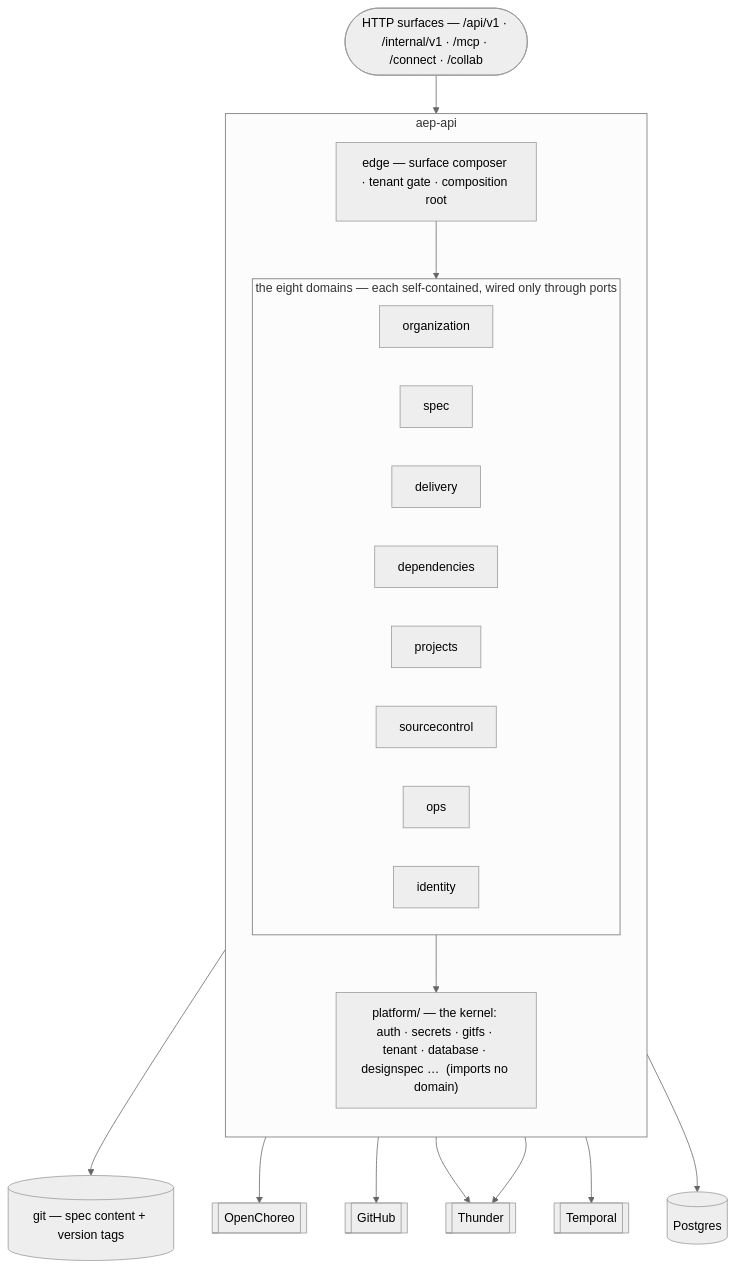
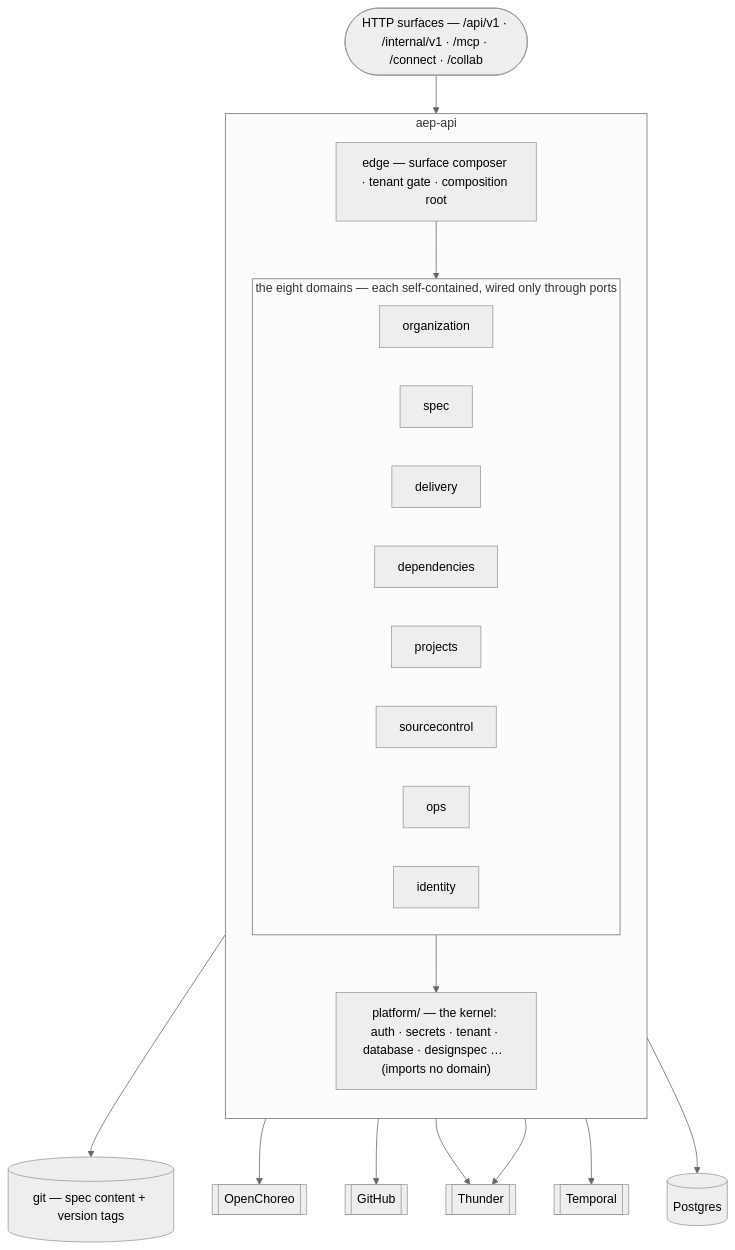
The diagram in services/aep-api/README.md (wso2/labs-agentic-engineer), drawn with Mermaid (neutral theme) before and after one commit. The commit also changed other lines of this file and 131 other files, not shown here.

````diff
--- a/services/aep-api/README.md
+++ b/services/aep-api/README.md
@@ -16,30 +16,30 @@
 ```mermaid
 flowchart TB
   SURF(["HTTP surfaces — /api/v1 · /internal/v1 · /mcp · /connect · /collab"])
   subgraph AEPAPI["aep-api"]
     direction TB
     EDGE["edge — surface composer · tenant gate · composition root"]
     subgraph DOMAINS["the eight domains — each self-contained, wired only through ports"]
       direction LR
       ORG["organization"]
       SPEC["spec"]
       DEL["delivery"]
       DEP["dependencies"]
       PROJ["projects"]
       SC["sourcecontrol"]
       OPS["ops"]
       IDN["identity"]
     end
-    PLAT["platform/ — the kernel: auth · secrets · gitfs · tenant · database · designspec …  (imports no domain)"]
+    PLAT["platform/ — the kernel: auth · secrets · tenant · database · designspec …  (imports no domain)"]
     EDGE --> DOMAINS
     DOMAINS --> PLAT
   end
   SURF --> EDGE
   DOMAINS --> PG[("Postgres")]
   SPEC --> GIT[("git — spec content + version tags")]
   DEP --> OC[[OpenChoreo]]
   SC --> GH[[GitHub]]
   ORG --> TH[[Thunder]]
   IDN --> TH
   DEL --> TMP[[Temporal]]
 ```
````
